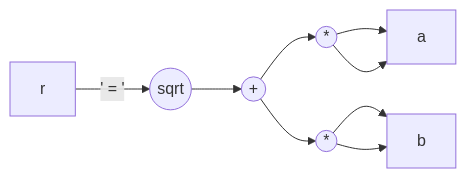
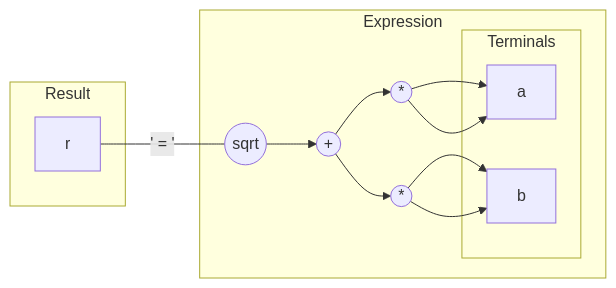
One commit to DominicJones/snippets changed the diagram in autodiff_ccm.md. Above: the diagram before and after it, drawn with Mermaid. The commit also changed other lines of this file, not shown here.

````diff
--- a/autodiff_ccm.md
+++ b/autodiff_ccm.md
@@ -99,11 +97,22 @@
 ```mermaid
-graph LR;
-R[r]-->|' = '| A((sqrt))
+graph LR
+subgraph Result
+R[r];
+end
+R---|' = '|A((sqrt));
+subgraph Expression
 A-->B((+));
 B-->C((*));
 B-->D((*));
-C-->E[a];
-C-->E[a];
-D-->F[b];
-D-->F[b];
+subgraph Terminals
+E[a];
+end
+subgraph Terminals
+F[b];
+end
+C-->E;
+C-->E;
+D-->F;
+D-->F;
+end
 ```
````
